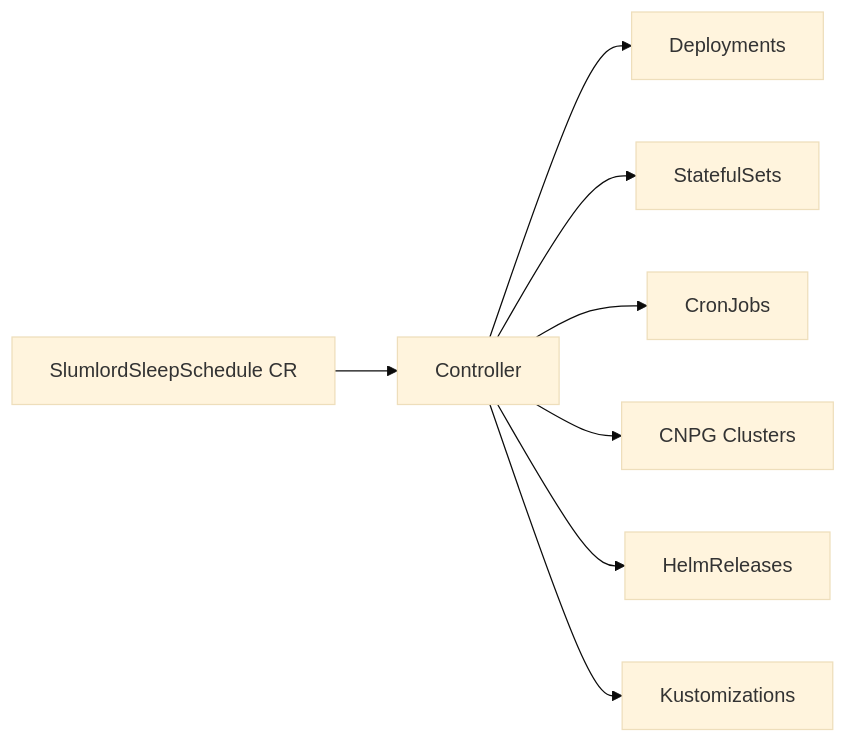
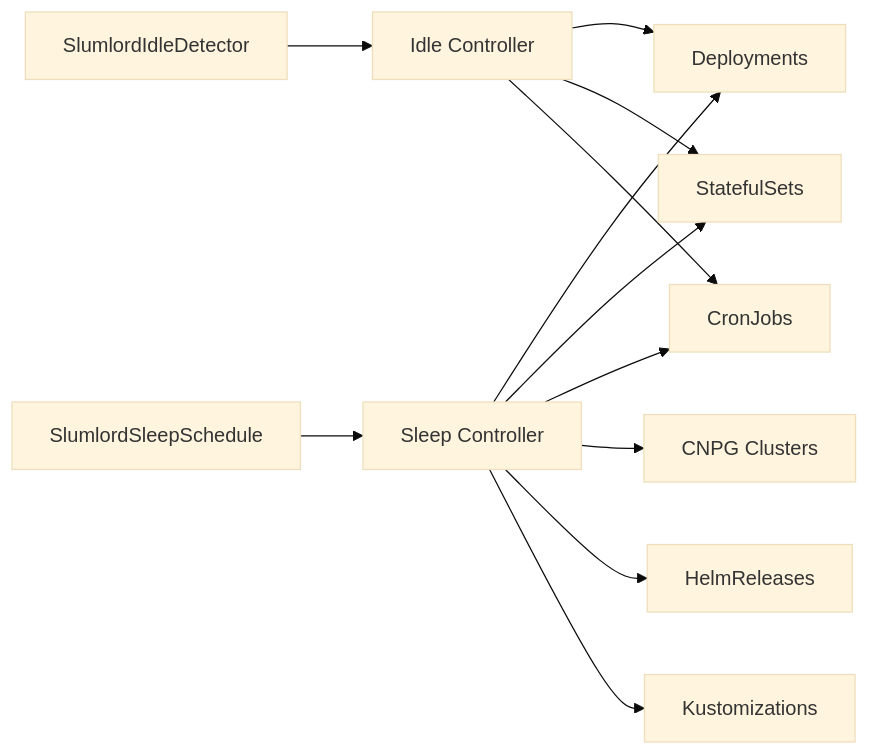
One commit to cschockaert/slumlord changed the diagram in README.md. Above: the diagram before and after it, drawn with Mermaid (base theme). The commit also changed other lines of this file and 2 other files, not shown here.

First line of the commit message:
docs: update README, CLAUDE.md and CHANGELOG for idle detector (#25)

````diff
--- a/README.md
+++ b/README.md
@@ -149,10 +234,15 @@
 ```mermaid
 graph LR
-    A[SlumlordSleepSchedule CR] --> B[Controller]
+    A[SlumlordSleepSchedule] --> B[Sleep Controller]
     B --> C[Deployments]
     B --> D[StatefulSets]
     B --> E[CronJobs]
     B --> F[CNPG Clusters]
     B --> G[HelmReleases]
     B --> H[Kustomizations]
+
+    I[SlumlordIdleDetector] --> J[Idle Controller]
+    J --> C
+    J --> D
+    J --> E
 ```
````
